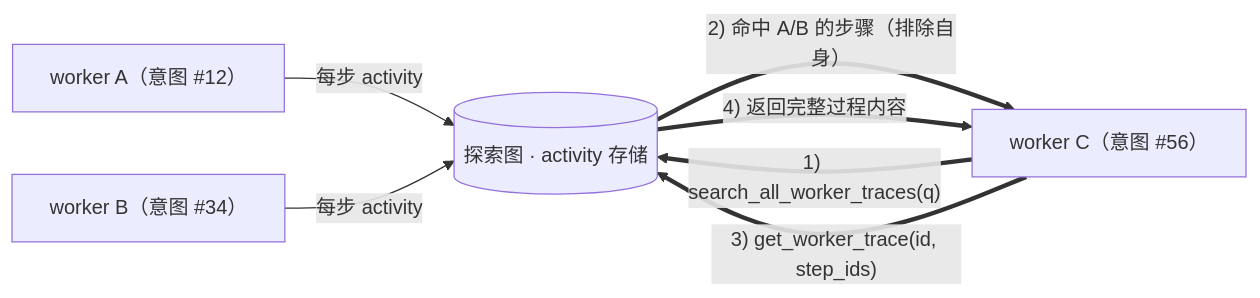
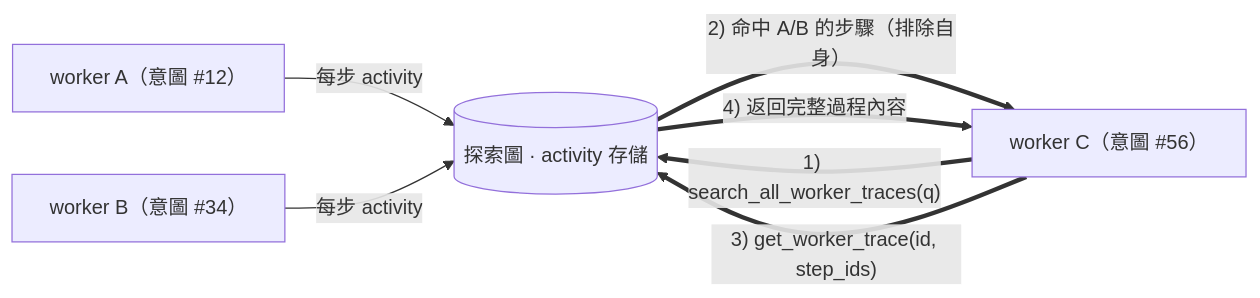
Before and after one commit to sebastian93921/ARTIFEX: the fourth of 5 diagrams in README_zh.md, drawn with Mermaid. The commit also changed other lines of this file and 1 other file, not shown here.

````diff
--- a/README_zh.md
+++ b/README_zh.md
@@ -423,9 +423,9 @@
 ```mermaid
 flowchart LR
-  WA["worker A（意图 #12）"] -->|"每步 activity"| ACT[("探索图 · activity 存储")]
-  WB["worker B（意图 #34）"] -->|"每步 activity"| ACT
-  WC["worker C（意图 #56）"] ==>|"1) search_all_worker_traces(q)"| ACT
-  ACT ==>|"2) 命中 A/B 的步骤（排除自身）"| WC
+  WA["worker A（意圖 #12）"] -->|"每步 activity"| ACT[("探索圖 · activity 存儲")]
+  WB["worker B（意圖 #34）"] -->|"每步 activity"| ACT
+  WC["worker C（意圖 #56）"] ==>|"1) search_all_worker_traces(q)"| ACT
+  ACT ==>|"2) 命中 A/B 的步驟（排除自身）"| WC
   WC ==>|"3) get_worker_trace(id, step_ids)"| ACT
-  ACT ==>|"4) 返回完整过程内容"| WC
+  ACT ==>|"4) 返回完整過程內容"| WC
 ```
````
